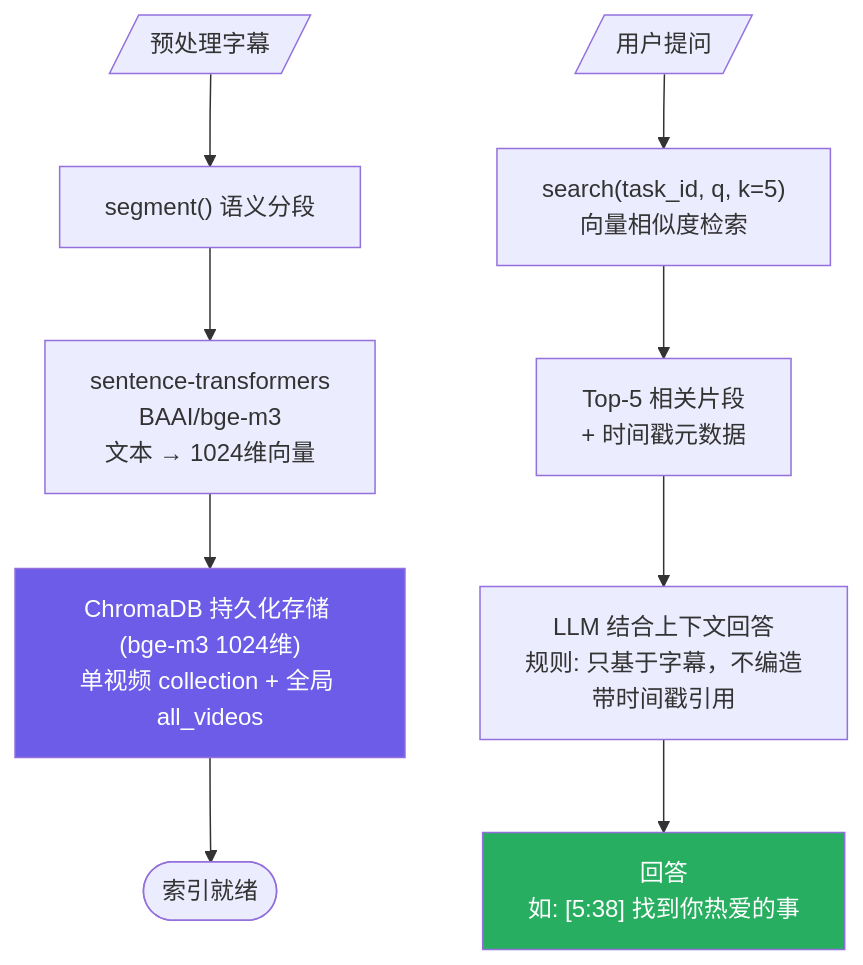
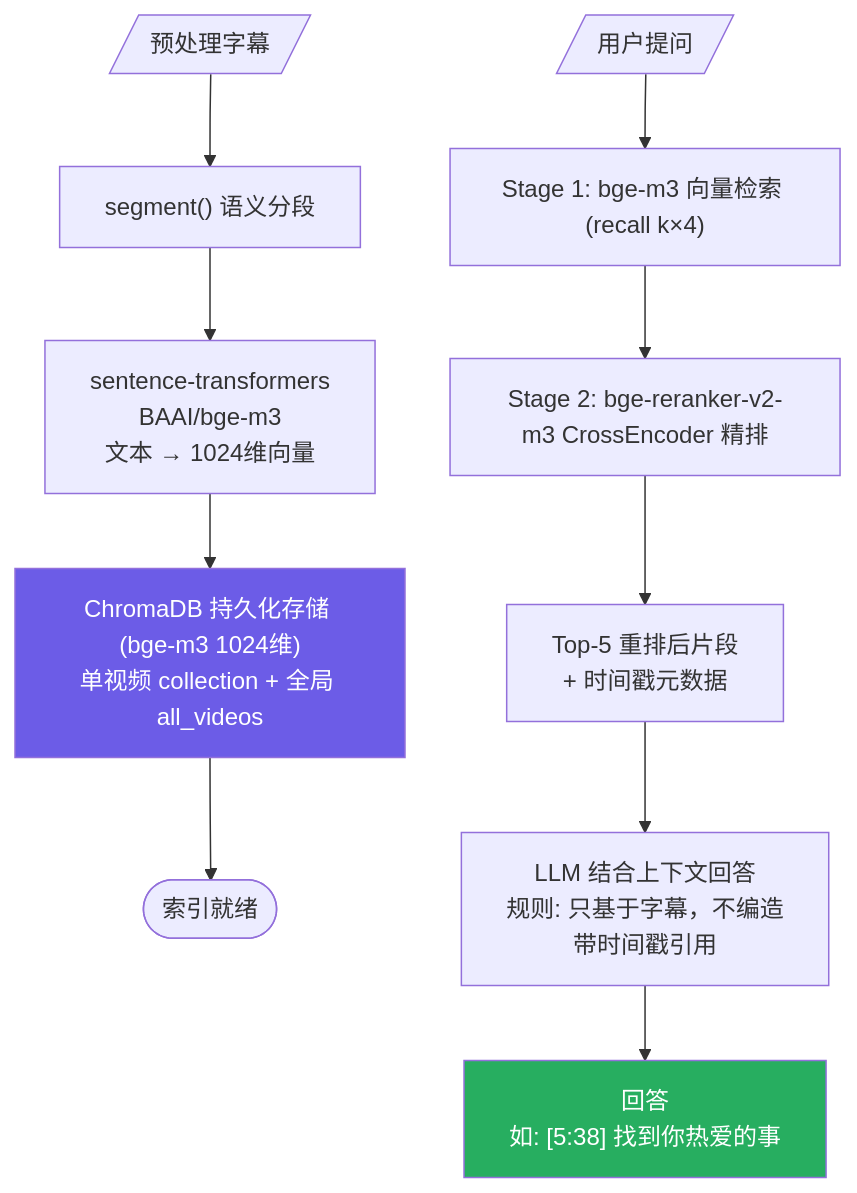
The seventh of 9 diagrams in 迭代文档/流程图.md (zoneby-Alex/scan), drawn with Mermaid before and after one commit. The commit also changed other lines of this file and 18 other files, not shown here.

First line of the commit message:
Phase 4: RAG reranker + mindmap + multi-video comparator + tests

````diff
--- a/迭代文档/流程图.md
+++ b/迭代文档/流程图.md
@@ -181,16 +202,17 @@
 ```mermaid
 flowchart TD
     SUBS[/"预处理字幕"/] --> SEG["segment() 语义分段"]
     SEG --> EMBED["sentence-transformers<br/>BAAI/bge-m3<br/>文本 → 1024维向量"]
     EMBED --> CHROMA["ChromaDB 持久化存储 (bge-m3 1024维)<br/>单视频 collection + 全局 all_videos"]
     
     CHROMA --> READY(["索引就绪"])
     
-    USER_Q[/"用户提问"/] --> SEARCH["search(task_id, q, k=5)<br/>向量相似度检索"]
-    SEARCH --> CTX["Top-5 相关片段<br/>+ 时间戳元数据"]
+    USER_Q[/"用户提问"/] --> SEARCH["Stage 1: bge-m3 向量检索 (recall k×4)"]
+    SEARCH --> RERANK["Stage 2: bge-reranker-v2-m3 CrossEncoder 精排"]
+    RERANK --> CTX["Top-5 重排后片段<br/>+ 时间戳元数据"]
     CTX --> LLM["LLM 结合上下文回答<br/>规则: 只基于字幕，不编造<br/>带时间戳引用"]
     LLM --> ANSWER["回答<br/>如: [5:38] 找到你热爱的事"]
     
     style CHROMA fill:#6c5ce7,color:#fff
     style ANSWER fill:#27ae60,color:#fff
 ```
````
